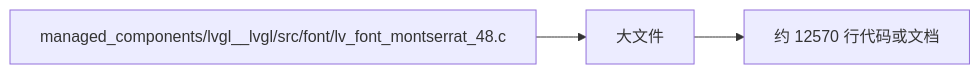
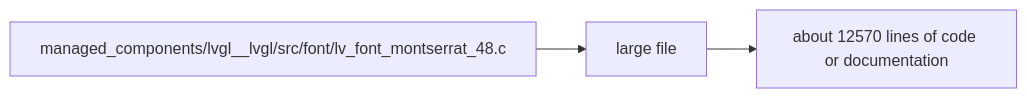
The diagram in docs/engineering/technical-hotspots/large-file--managed_components-lvgl__lvgl-src-font-lv_font_montserrat_48-c/technical-hotspot.md (manmuqingshan/trail-mate), drawn with Mermaid before and after one commit. The commit also changed other lines of this file and 527 other files, not shown here.

````diff
--- a/docs/engineering/technical-hotspots/large-file--managed_components-lvgl__lvgl-src-font-lv_font_montserrat_48-c/technical-hotspot.md
+++ b/docs/engineering/technical-hotspots/large-file--managed_components-lvgl__lvgl-src-font-lv_font_montserrat_48-c/technical-hotspot.md
@@ -40,8 +40,8 @@
 ```mermaid
 flowchart LR
   target["managed_components/lvgl__lvgl/src/font/lv_font_montserrat_48.c"]
-  hotspot["大文件"]
-  signal["约 12570 行代码或文档"]
+ hotspot["large file"]
+ signal["about 12570 lines of code or documentation"]
   target --> hotspot
   hotspot --> signal
 ```
````
